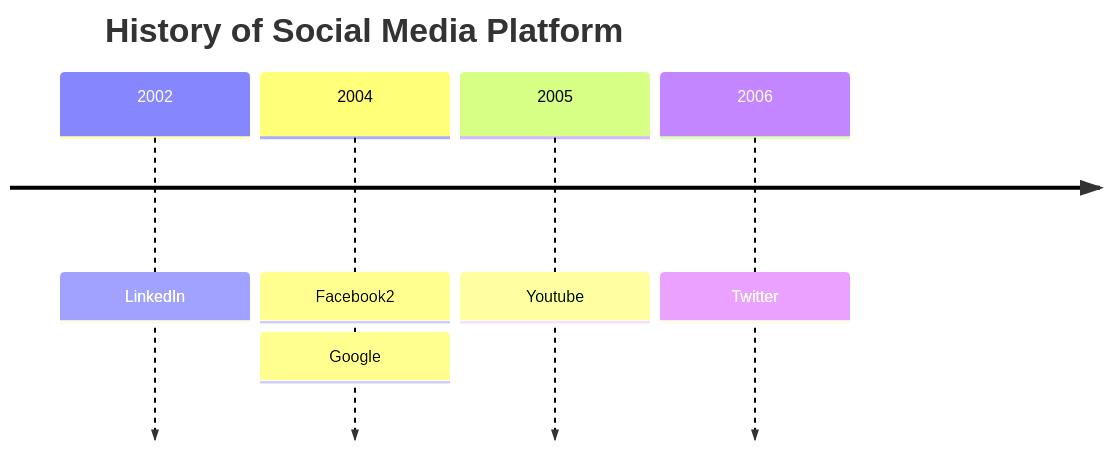
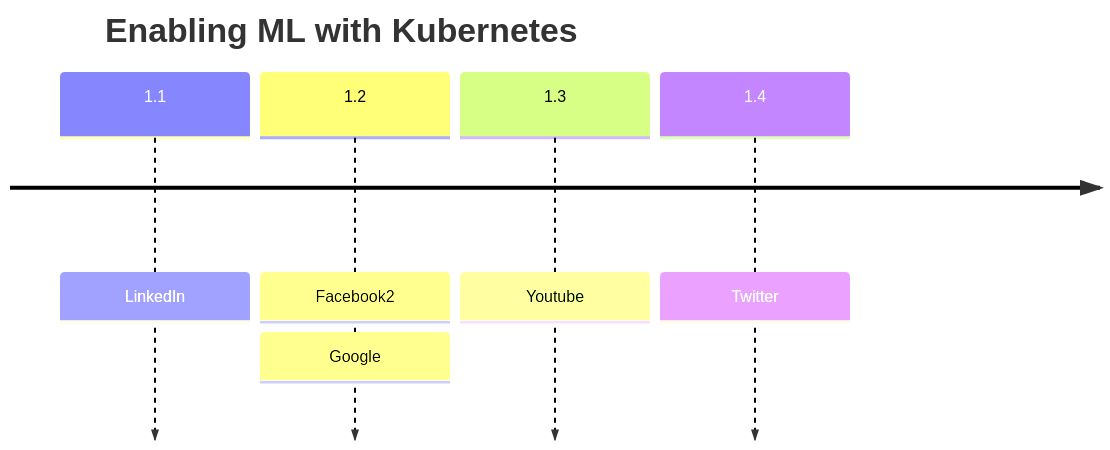
One commit to ronaldpetty/timeline changed the diagram in k8s_ml_history.md. Above: the diagram before and after it, drawn with Mermaid.

````diff
--- a/k8s_ml_history.md
+++ b/k8s_ml_history.md
@@ -1,9 +1,9 @@
 ```mermaid
 timeline
-    title History of Social Media Platform
-    2002 : LinkedIn
-    2004 : Facebook2
+    title Enabling ML with Kubernetes
+    1.1 : LinkedIn
+    1.2 : Facebook2
          : Google
-    2005 : Youtube
-    2006 : Twitter
+    1.3 : Youtube
+    1.4 : Twitter
 ```
````
